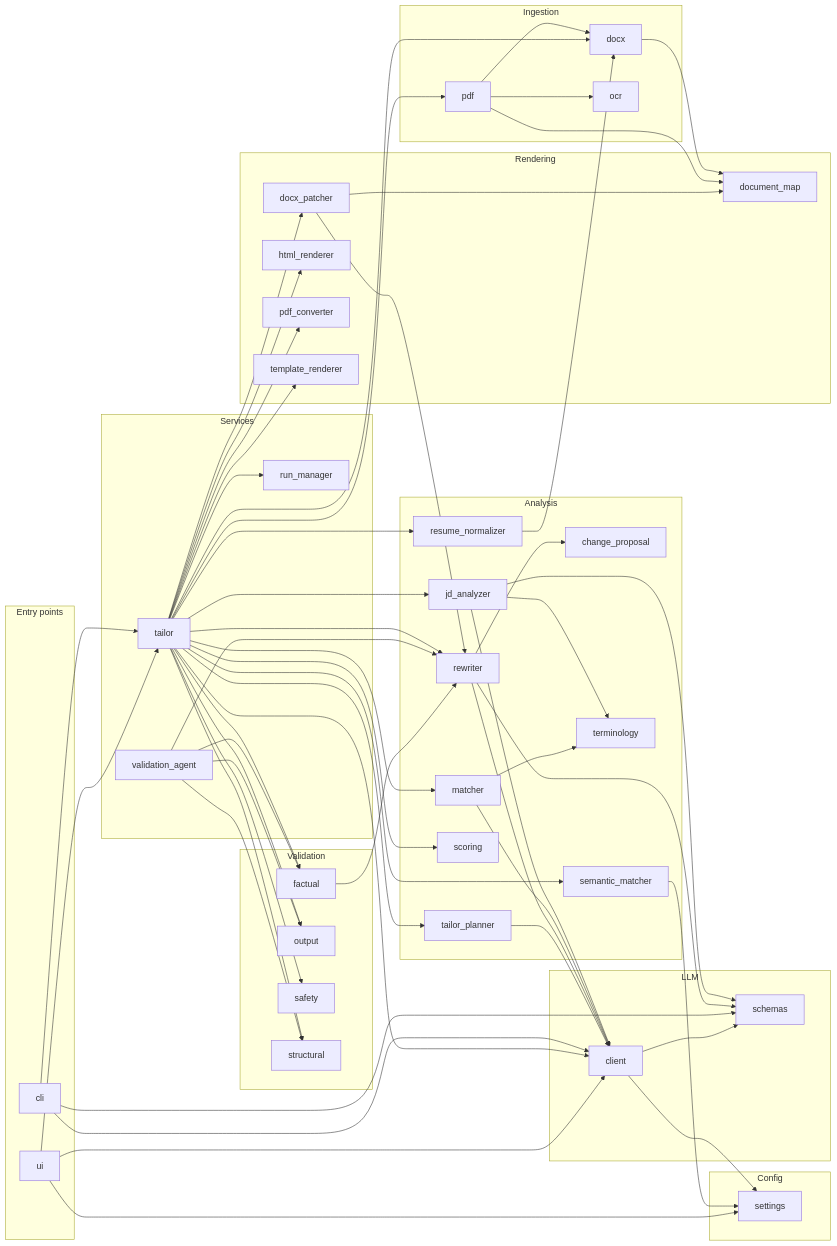
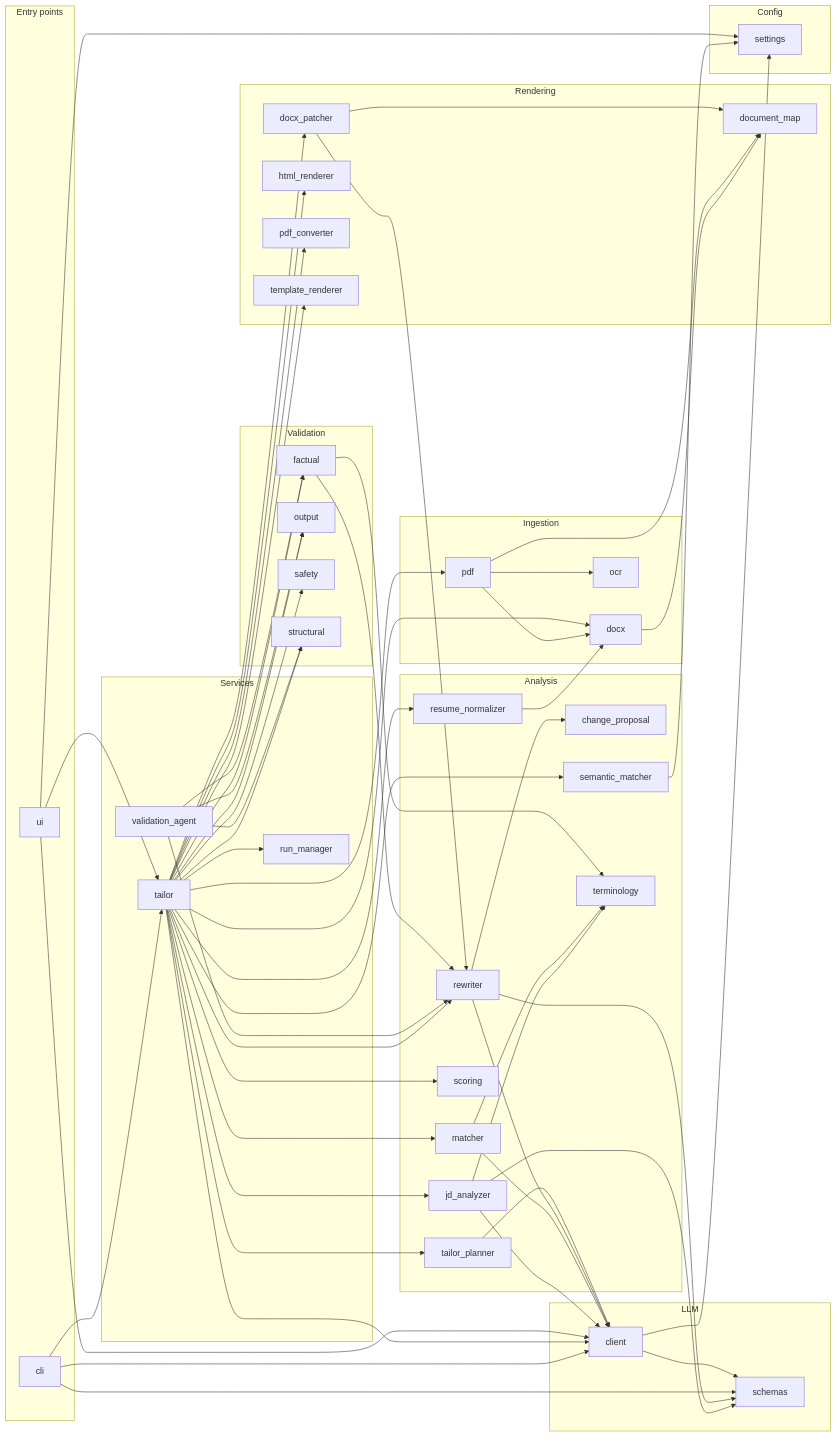
The diagram in docs/KNOWLEDGE_GRAPH.md (alwayss-snape/Resume-optimizer), drawn with Mermaid before and after one commit. The commit also changed other lines of this file and 9 other files, not shown here.

````diff
--- a/docs/KNOWLEDGE_GRAPH.md
+++ b/docs/KNOWLEDGE_GRAPH.md
@@ -671,4 +674,5 @@
   ui --> llm_client
   ui --> services_tailor
   validation_factual --> analysis_rewriter
+  validation_factual --> analysis_terminology
 ```
````
